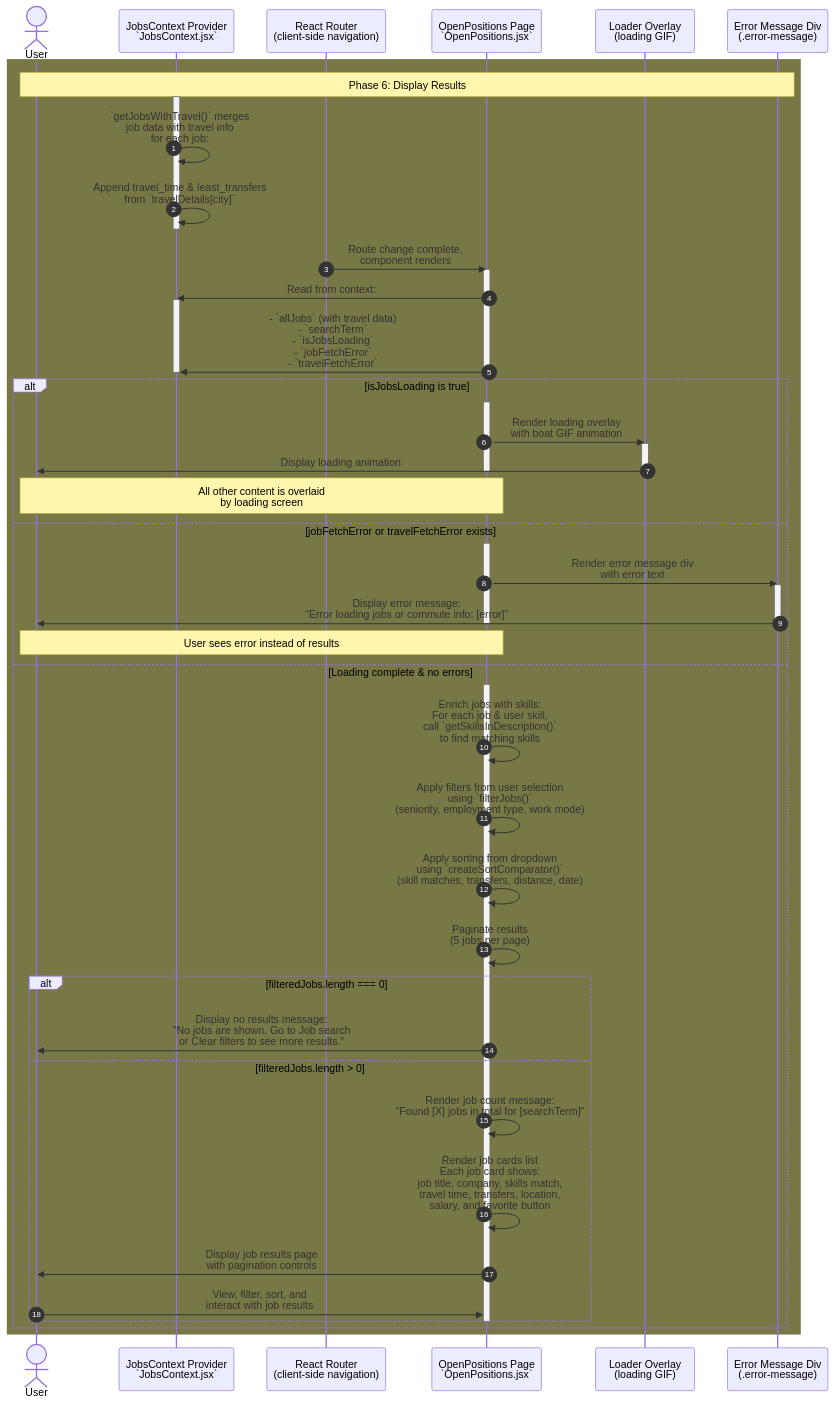
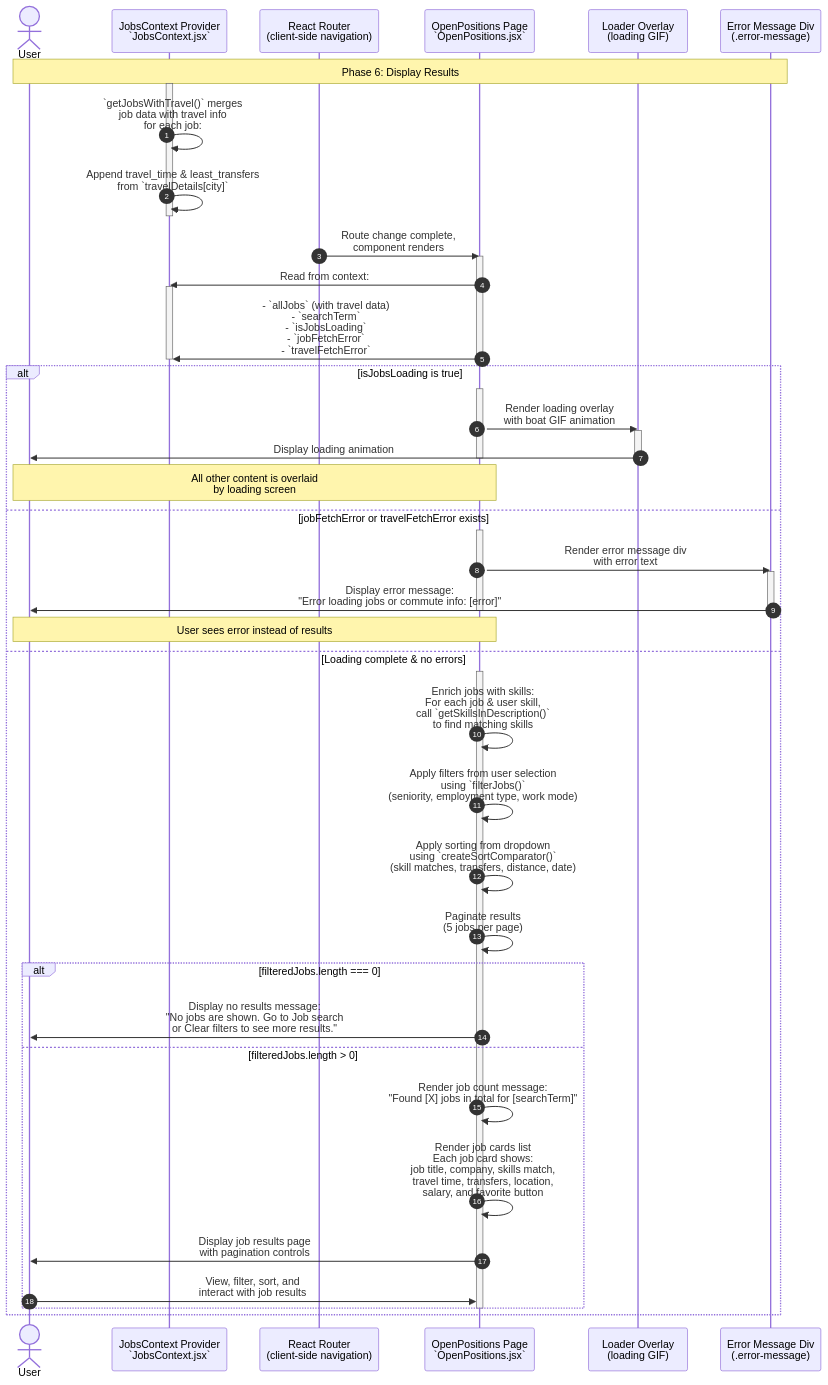
One commit to YahyaAl-Ademi/2025.10.23-JobCompass changed the diagram in documentation/jobFetch/6.Display Results.md. Above: the diagram before and after it, drawn with Mermaid. The commit also changed 5 other files, not shown here.

Commit message:
Update job fetch flowchart documentation to improve organization and clarity by removing unnecessary rectangles and ensuring consistent navigation links.

````diff
--- a/documentation/jobFetch/6.Display Results.md
+++ b/documentation/jobFetch/6.Display Results.md
@@ -1,66 +3,63 @@
 ```mermaid
 sequenceDiagram
     autonumber
     actor User
     participant JobsContext as JobsContext Provider<br/>`JobsContext.jsx`
     participant Router as React Router<br/>(client-side navigation)
     participant OpenPositions as OpenPositions Page<br/>`OpenPositions.jsx`
     participant LoaderOverlay as Loader Overlay<br/>(loading GIF)
     participant ErrorDisplay as Error Message Div<br/>(.error-message)
 
-    rect rgb(120, 120, 70)
     Note over User,ErrorDisplay: Phase 6: Display Results
     activate JobsContext
     JobsContext->>JobsContext: `getJobsWithTravel()` merges<br/>job data with travel info<br/>for each job:
     JobsContext->>JobsContext: Append travel_time & least_transfers<br/>from `travelDetails[city]`
     deactivate JobsContext
 
     Router->>OpenPositions: Route change complete,<br/>component renders
 
     activate OpenPositions
     OpenPositions->>JobsContext: Read from context:
     activate JobsContext
     OpenPositions->>JobsContext: - `allJobs` (with travel data)<br/>- `searchTerm`<br/>- `isJobsLoading`<br/>- `jobFetchError`<br/>- `travelFetchError`
     deactivate JobsContext
     deactivate OpenPositions
 
     alt isJobsLoading is true
         activate OpenPositions
         OpenPositions->>LoaderOverlay: Render loading overlay<br/>with boat GIF animation
         activate LoaderOverlay
         LoaderOverlay->>User: Display loading animation
         deactivate LoaderOverlay
         deactivate OpenPositions
         Note over OpenPositions,User: All other content is overlaid<br/>by loading screen
     else jobFetchError or travelFetchError exists
         activate OpenPositions
         OpenPositions->>ErrorDisplay: Render error message div<br/>with error text
         activate ErrorDisplay
         ErrorDisplay->>User: Display error message:<br/>"Error loading jobs or commute info: [error]"
         deactivate ErrorDisplay
         deactivate OpenPositions
         Note over OpenPositions,User: User sees error instead of results
     else Loading complete & no errors
         activate OpenPositions
         OpenPositions->>OpenPositions: Enrich jobs with skills:<br/>For each job & user skill,<br/>call `getSkillsInDescription()`<br/>to find matching skills
 
         OpenPositions->>OpenPositions: Apply filters from user selection<br/>using `filterJobs()`<br/>(seniority, employment type, work mode)
 
         OpenPositions->>OpenPositions: Apply sorting from dropdown<br/>using `createSortComparator()`<br/>(skill matches, transfers, distance, date)
 
         OpenPositions->>OpenPositions: Paginate results<br/>(5 jobs per page)
 
         alt filteredJobs.length === 0
             OpenPositions->>User: Display no results message:<br/>"No jobs are shown. Go to Job search<br/>or Clear filters to see more results."
         else filteredJobs.length > 0
             OpenPositions->>OpenPositions: Render job count message:<br/>"Found [X] jobs in total for [searchTerm]"
             OpenPositions->>OpenPositions: Render job cards list<br/>Each job card shows:<br/>job title, company, skills match,<br/>travel time, transfers, location,<br/>salary, and favorite button
             OpenPositions->>User: Display job results page<br/>with pagination controls
 
             User->>OpenPositions: View, filter, sort, and<br/>interact with job results
         end
         deactivate OpenPositions
     end
-
-    end
 ```
````
